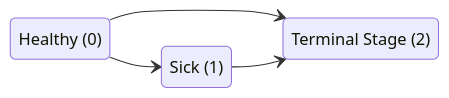
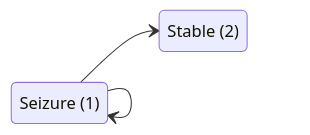
Before and after one commit to felixlaplante0/multistate-paper: the diagram in diagrams/sim-graph.qmd, drawn with Mermaid. The commit also changed 2 other files, not shown here.

Commit message:
update graphs

````diff
--- a/diagrams/sim-graph.qmd
+++ b/diagrams/sim-graph.qmd
@@ -6,12 +6,10 @@
 ```{mermaid}
 stateDiagram-v2
     direction LR
 
-    state "Healthy (0)" as H
-    state "Sick (1)" as S
-    state "Terminal Stage (2)" as T
+    state "Seizure (1)" as E
+    state "Stable (2)" as S
 
-    H --> S
-    H --> T
-    S --> T
+    E --> E
+    E --> S
 ```
````
